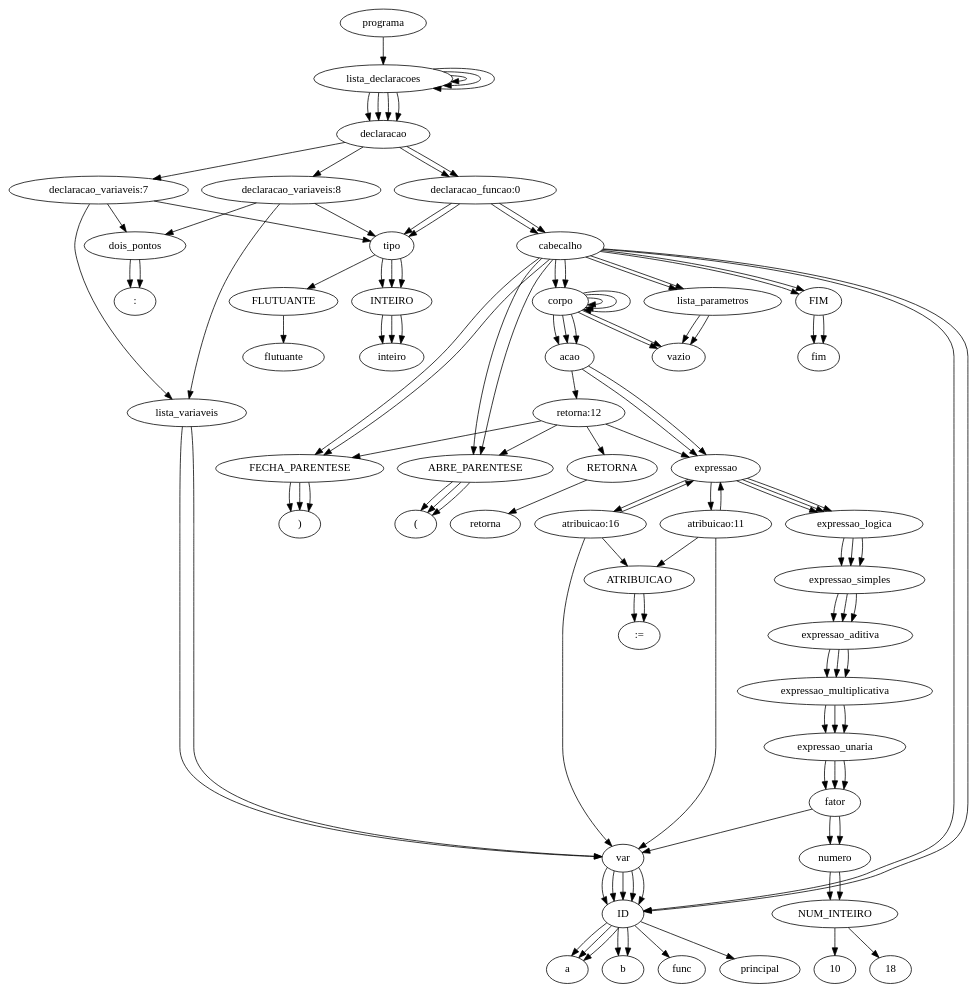
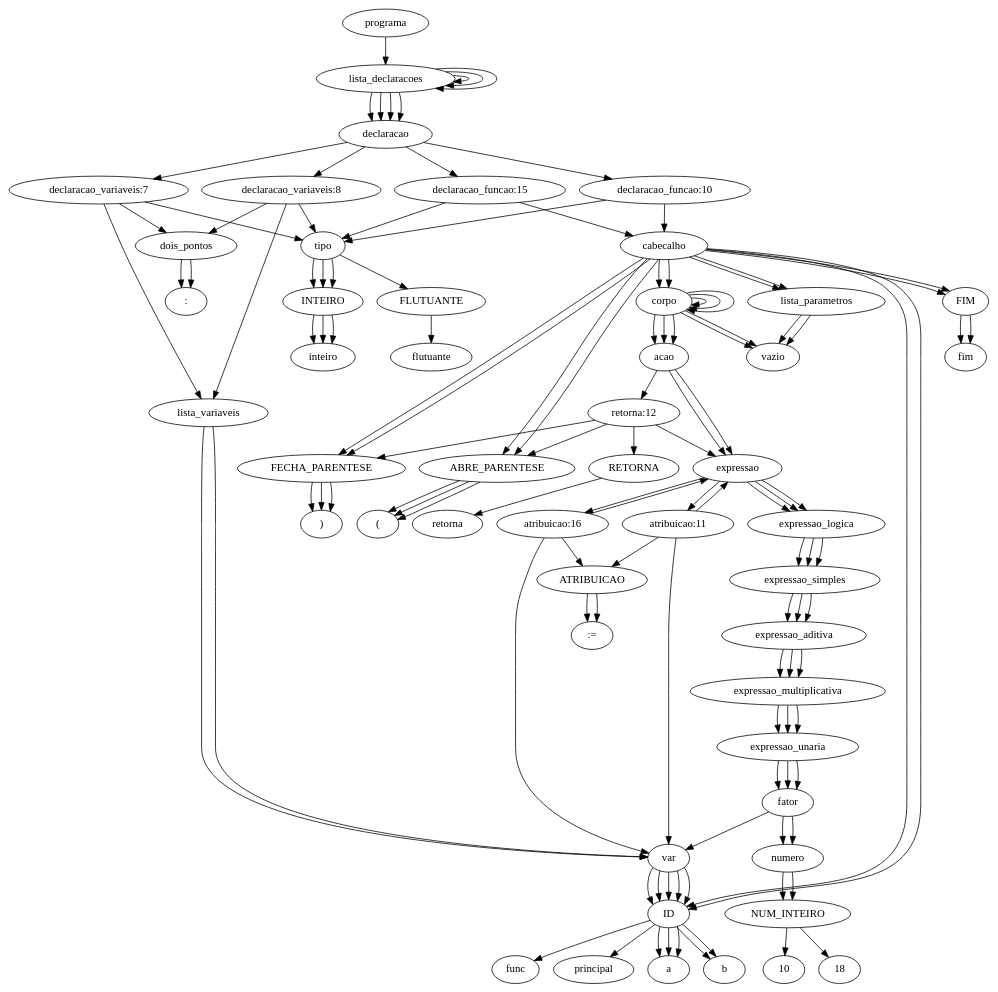
Before and after one commit to JuanFSR/Compiladores: the diagram in 7.AnaliseSemantica/implementacao/semantica-testes/sema-016.tpp.ast.dot, drawn with Graphviz. The commit also changed 105 other files, not shown here.

```diff
--- a/7.AnaliseSemantica/implementacao/semantica-testes/sema-016.tpp.ast.dot
+++ b/7.AnaliseSemantica/implementacao/semantica-testes/sema-016.tpp.ast.dot
@@ -27,7 +27,7 @@
     "ID";
     "b";
     "declaracao";
-    "declaracao_funcao:0";
+    "declaracao_funcao:10";
     "tipo";
     "INTEIRO";
     "inteiro";
@@ -83,7 +83,7 @@
     "FIM";
     "fim";
     "declaracao";
-    "declaracao_funcao:0";
+    "declaracao_funcao:15";
     "tipo";
     "INTEIRO";
     "inteiro";
@@ -147,9 +147,9 @@
     "lista_variaveis" -> "var";
     "var" -> "ID";
     "ID" -> "b";
-    "declaracao" -> "declaracao_funcao:0";
-    "declaracao_funcao:0" -> "tipo";
-    "declaracao_funcao:0" -> "cabecalho";
+    "declaracao" -> "declaracao_funcao:10";
+    "declaracao_funcao:10" -> "tipo";
+    "declaracao_funcao:10" -> "cabecalho";
     "tipo" -> "INTEIRO";
     "INTEIRO" -> "inteiro";
     "cabecalho" -> "ID";
@@ -202,9 +202,9 @@
     "ID" -> "a";
     "FECHA_PARENTESE" -> ")";
     "FIM" -> "fim";
-    "declaracao" -> "declaracao_funcao:0";
-    "declaracao_funcao:0" -> "tipo";
-    "declaracao_funcao:0" -> "cabecalho";
+    "declaracao" -> "declaracao_funcao:15";
+    "declaracao_funcao:15" -> "tipo";
+    "declaracao_funcao:15" -> "cabecalho";
     "tipo" -> "INTEIRO";
     "INTEIRO" -> "inteiro";
     "cabecalho" -> "ID";
```
